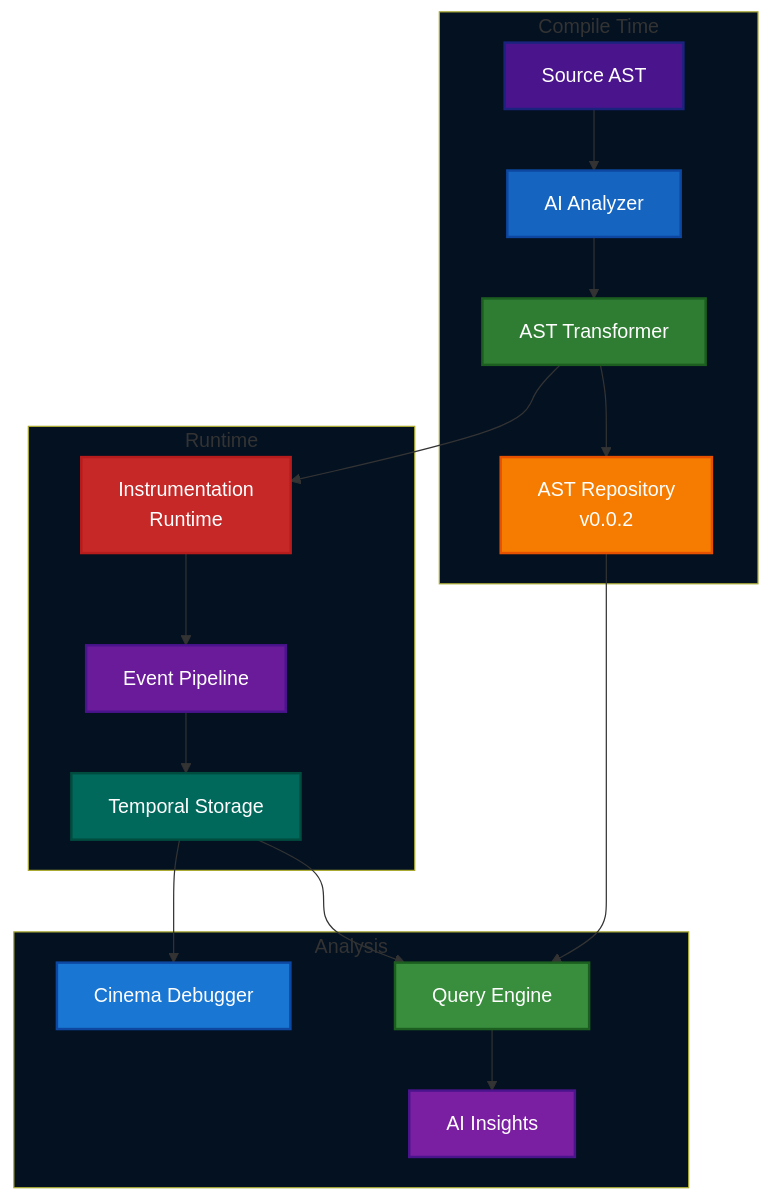
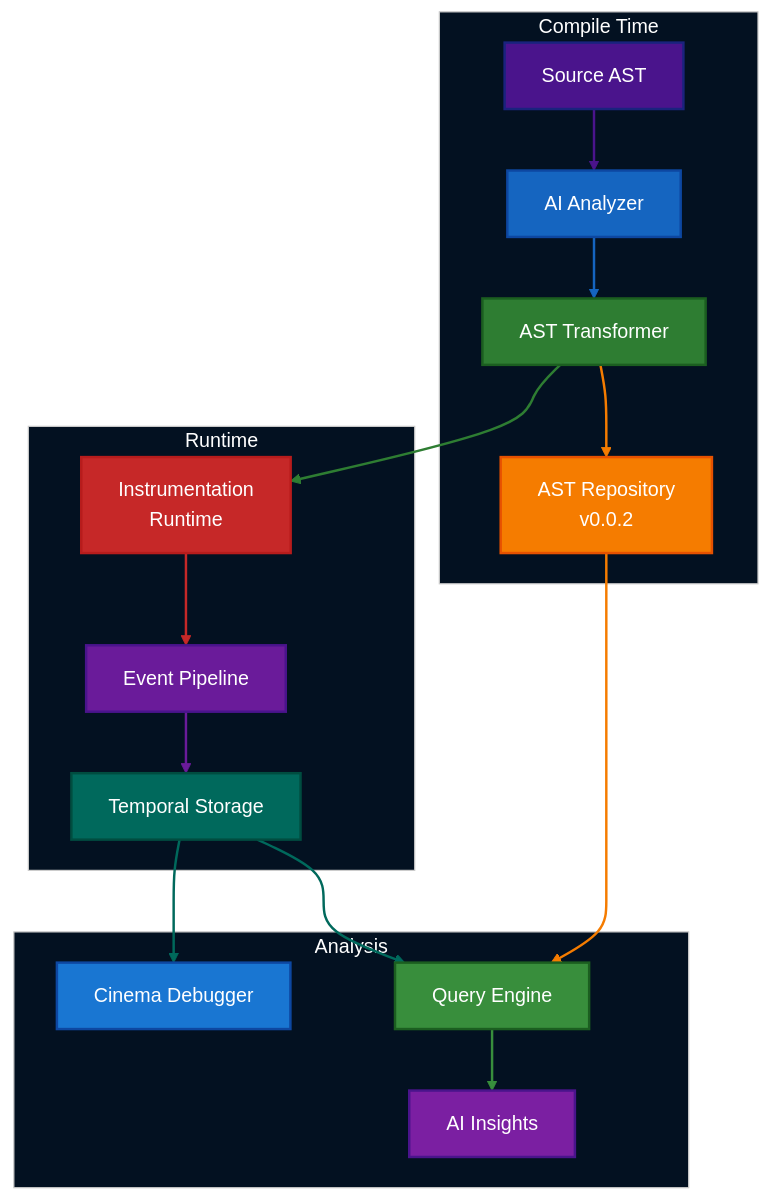
The diagram in README.md (nshkrdotcom/ElixirScope), drawn with Mermaid before and after one commit.

Commit message:
readme graph style

````diff
--- a/README.md
+++ b/README.md
@@ -56,48 +56,59 @@
 ```mermaid
 graph TB
-    subgraph CT["Compile&nbsp;Time"]
+    subgraph CT["Compile Time"]
         AST[Source AST]
         ANALYZER[AI Analyzer]
         TRANS[AST Transformer]
         REPO[AST Repository<br/>v0.0.2]
     end
     
     subgraph RT["Runtime"]
         RUNTIME[Instrumentation<br/>Runtime]
         EVENTS[Event Pipeline]
         TEMPORAL[Temporal Storage]
     end
     
     subgraph A["Analysis"]
         CINEMA[Cinema Debugger]
         QUERY[Query Engine]
         AI[AI Insights]
     end
     
     AST --> ANALYZER
     ANALYZER --> TRANS
     TRANS --> RUNTIME
     TRANS --> REPO
     
     RUNTIME --> EVENTS
     EVENTS --> TEMPORAL
     
     TEMPORAL --> CINEMA
     TEMPORAL --> QUERY
     REPO --> QUERY
     QUERY --> AI
     
-    style CT fill:#031121
-    style RT fill:#031121
-    style A fill:#031121
+    style CT fill:#031121,stroke:#ccc,color:#fff
+    style RT fill:#031121,stroke:#ccc,color:#fff
+    style A fill:#031121,stroke:#ccc,color:#fff
     style AST fill:#4a148c,stroke:#1a237e,stroke-width:2px,color:#fff
     style ANALYZER fill:#1565c0,stroke:#0d47a1,stroke-width:2px,color:#fff
     style TRANS fill:#2e7d32,stroke:#1b5e20,stroke-width:2px,color:#fff
     style REPO fill:#f57c00,stroke:#e65100,stroke-width:2px,color:#fff
     style RUNTIME fill:#c62828,stroke:#b71c1c,stroke-width:2px,color:#fff
     style EVENTS fill:#6a1b9a,stroke:#4a148c,stroke-width:2px,color:#fff
     style TEMPORAL fill:#00695c,stroke:#004d40,stroke-width:2px,color:#fff
     style CINEMA fill:#1976d2,stroke:#0d47a1,stroke-width:2px,color:#fff
     style QUERY fill:#388e3c,stroke:#1b5e20,stroke-width:2px,color:#fff
     style AI fill:#7b1fa2,stroke:#4a148c,stroke-width:2px,color:#fff
+
+    linkStyle 0 stroke:#4a148c,stroke-width:2px
+    linkStyle 1 stroke:#1565c0,stroke-width:2px
+    linkStyle 2 stroke:#2e7d32,stroke-width:2px
+    linkStyle 3 stroke:#f57c00,stroke-width:2px
+    linkStyle 4 stroke:#c62828,stroke-width:2px
+    linkStyle 5 stroke:#6a1b9a,stroke-width:2px
+    linkStyle 6 stroke:#00695c,stroke-width:2px
+    linkStyle 7 stroke:#00695c,stroke-width:2px
+    linkStyle 8 stroke:#f57c00,stroke-width:2px
+    linkStyle 9 stroke:#388e3c,stroke-width:2px
 ```
````
